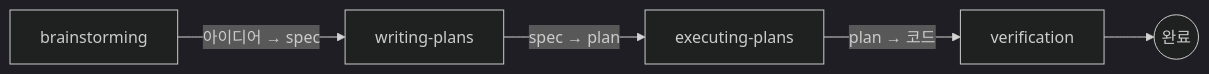
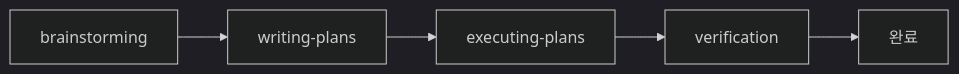
Before and after one commit to kenshin579/blog-v2.advenoh.pe.kr: the first of 2 diagrams in docs/start/claude-code-superpowers-skill-해부/index.md, drawn with Mermaid (dark theme). The commit also changed other lines of this file, not shown here.

Commit message:
docs: Mermaid syntax 깨짐 수정
* edge label 안의 '→' 화살표 + 한글 조합이 mermaid parser와 충돌하던 문제
* edge label 제거하고 단순 chain으로 변경, 변환 설명은 다이어그램 직후 본문 한 줄로 이동
* 분량 10,864 → 10,879자 (226 → 228줄)

````diff
--- a/docs/start/claude-code-superpowers-skill-해부/index.md
+++ b/docs/start/claude-code-superpowers-skill-해부/index.md
@@ -45,7 +45,7 @@
 ```mermaid
 flowchart LR
-    A[brainstorming] -->|아이디어 → spec| B[writing-plans]
-    B -->|spec → plan| C[executing-plans]
-    C -->|plan → 코드| D[verification]
-    D --> E((완료))
+    A[brainstorming] --> B[writing-plans]
+    B --> C[executing-plans]
+    C --> D[verification]
+    D --> E[완료]
 ```
````
